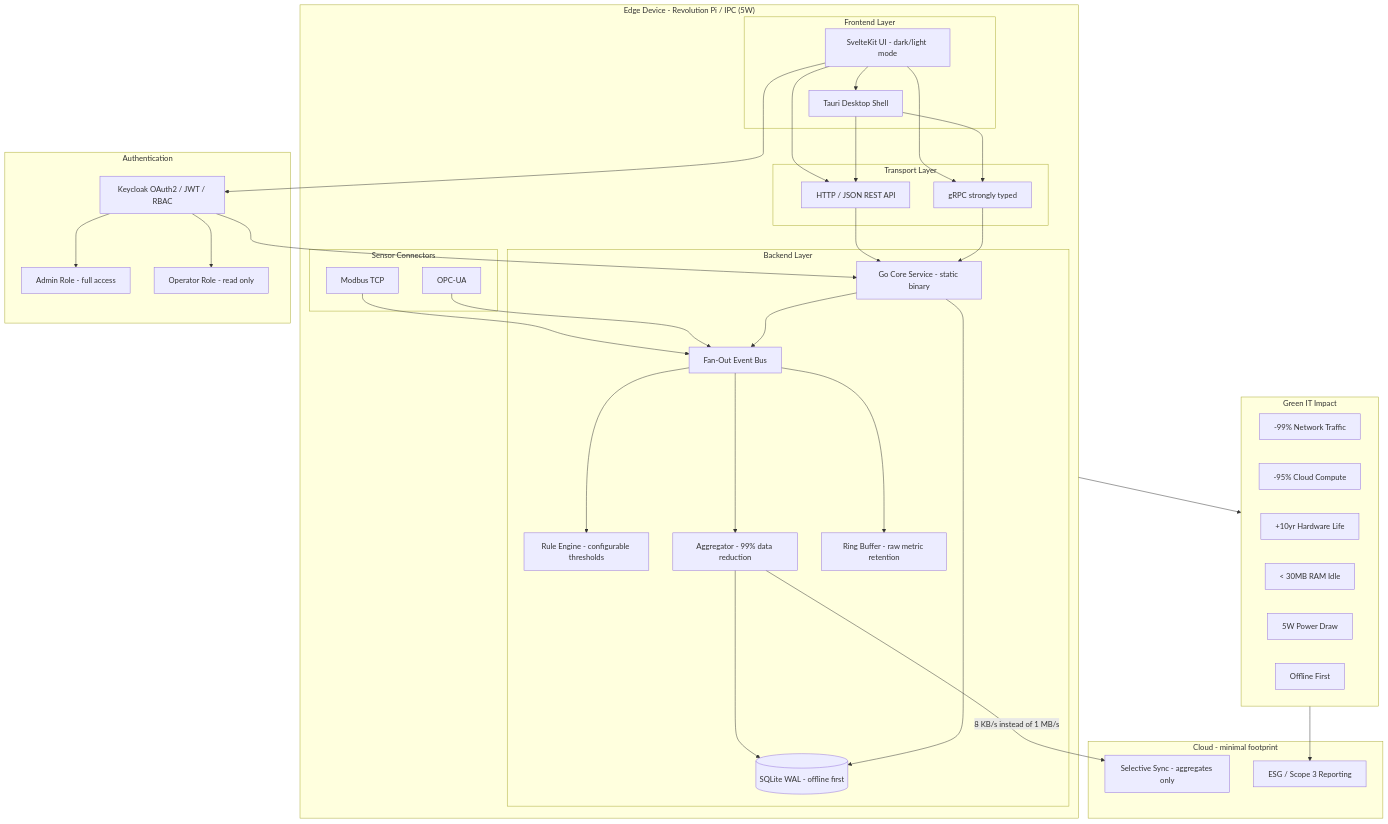
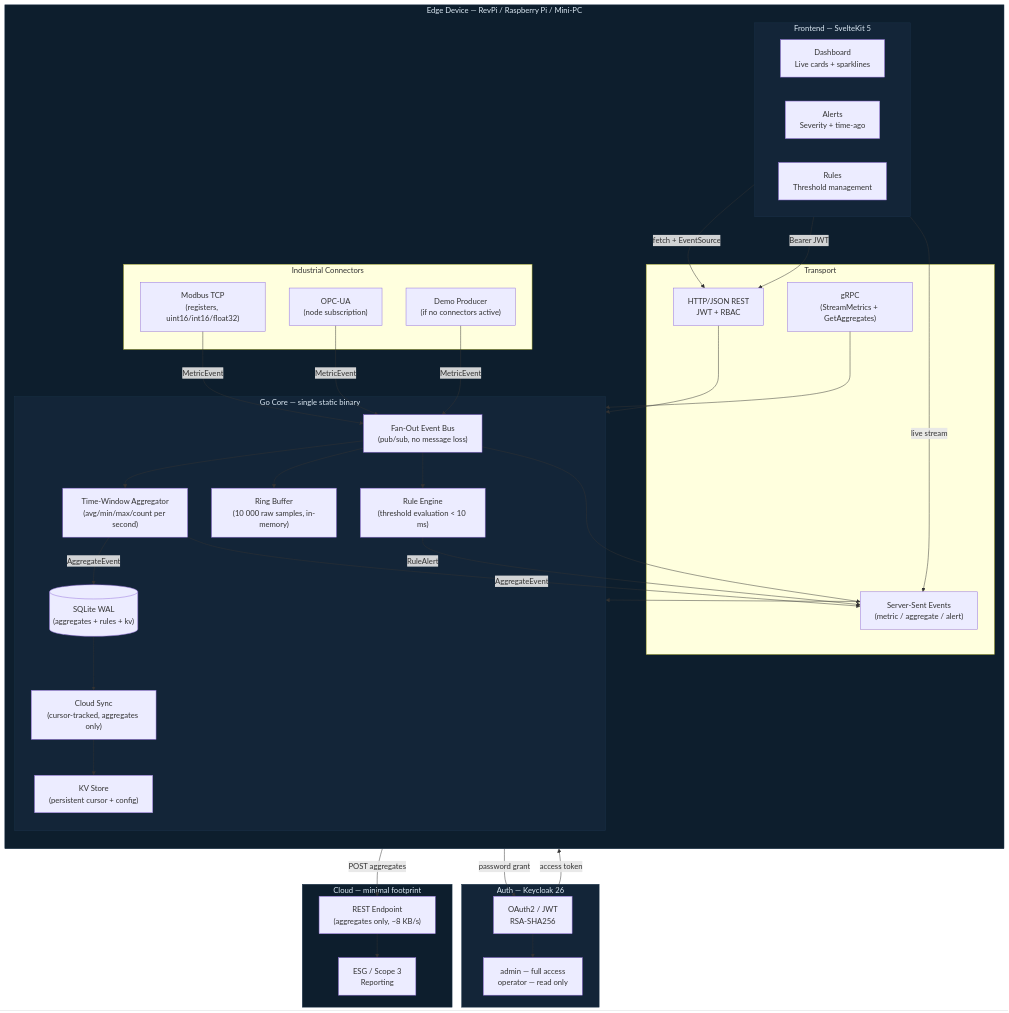
One commit to waeel1937/full-stack-go-SvelteKit-SQLite-template changed the diagram in README.md. Above: the diagram before and after it, drawn with Mermaid. The commit also changed other lines of this file and 4 other files, not shown here.

````diff
--- a/README.md
+++ b/README.md
@@ -27,64 +38,68 @@
 ```mermaid
 flowchart TB
-    subgraph EDGE["Edge Device - Revolution Pi / IPC (5W)"]
-        subgraph Connectors["Sensor Connectors"]
-            MB[Modbus TCP]
-            OU[OPC-UA]
+    subgraph DEVICE["Edge Device — RevPi / Raspberry Pi / Mini-PC"]
+        direction TB
+
+        subgraph CONN["Industrial Connectors"]
+            MB["Modbus TCP\n(registers, uint16/int16/float32)"]
+            UA["OPC-UA\n(node subscription)"]
+            DEMO["Demo Producer\n(if no connectors active)"]
         end
-        subgraph Frontend["Frontend Layer"]
-            SK[SvelteKit UI - dark/light mode]
-            TA[Tauri Desktop Shell]
-            SK --> TA
+
+        subgraph CORE["Go Core — single static binary"]
+            BUS["Fan-Out Event Bus\n(pub/sub, no message loss)"]
+            AGG["Time-Window Aggregator\n(avg/min/max/count per second)"]
+            RB["Ring Buffer\n(10 000 raw samples, in-memory)"]
+            RE["Rule Engine\n(threshold evaluation < 10 ms)"]
+            DB[("SQLite WAL\n(aggregates + rules + kv)")]
+            CS["Cloud Sync\n(cursor-tracked, aggregates only)"]
+            KV["KV Store\n(persistent cursor + config)"]
         end
-        subgraph Transport["Transport Layer"]
-            HTTP[HTTP / JSON REST API]
-            GRPC[gRPC strongly typed]
+
+        subgraph TRANSPORT["Transport"]
+            HTTP["HTTP/JSON REST\nJWT + RBAC"]
+            SSE["Server-Sent Events\n(metric / aggregate / alert)"]
+            GRPC["gRPC\n(StreamMetrics + GetAggregates)"]
         end
-        subgraph Backend["Backend Layer"]
-            GO[Go Core Service - static binary]
-            BUS[Fan-Out Event Bus]
-            RE[Rule Engine - configurable thresholds]
-            AGG[Aggregator - 99% data reduction]
-            RB[Ring Buffer - raw metric retention]
-            DB[(SQLite WAL - offline first)]
+
+        subgraph UI["Frontend — SvelteKit 5"]
+            DASH["Dashboard\nLive cards + sparklines"]
+            ALERTS["Alerts\nSeverity + time-ago"]
+            RULES["Rules\nThreshold management"]
         end
-        MB --> BUS
-        OU --> BUS
-        BUS --> AGG
-        BUS --> RB
-        BUS --> RE
-        AGG --> DB
-        SK --> HTTP
-        TA --> HTTP
-        SK --> GRPC
-        TA --> GRPC
-        HTTP --> GO
-        GRPC --> GO
-        GO --> BUS
-        GO --> DB
+
+        MB & UA & DEMO -->|MetricEvent| BUS
+        BUS --> AGG & RB & RE
+        AGG -->|AggregateEvent| DB & SSE
+        RE -->|RuleAlert| SSE
+        BUS --> SSE
+        DB --> CS
+        CS --> KV
+        HTTP & SSE & GRPC --> CORE
+        UI -->|fetch + EventSource| HTTP
+        UI -->|live stream| SSE
     end
-    subgraph AUTH["Authentication"]
-        KC[Keycloak OAuth2 / JWT / RBAC]
-        ADMIN[Admin Role - full access]
-        OP[Operator Role - read only]
-        KC --> ADMIN
-        KC --> OP
+
+    subgraph AUTH["Auth — Keycloak 26"]
+        KC["OAuth2 / JWT\nRSA-SHA256"]
+        ROLES["admin — full access\noperator — read only"]
+        KC --> ROLES
     end
-    subgraph CLOUD["Cloud - minimal footprint"]
-        SYNC[Selective Sync - aggregates only]
-        ESG[ESG / Scope 3 Reporting]
+
+    subgraph CLOUD["Cloud — minimal footprint"]
+        SYNC["REST Endpoint\n(aggregates only, ~8 KB/s)"]
+        ESG["ESG / Scope 3\nReporting"]
+        SYNC --> ESG
     end
-    subgraph GREEN["Green IT Impact"]
-        G1[-99% Network Traffic]
-        G2[-95% Cloud Compute]
-        G3[+10yr Hardware Life]
-        G4[< 30MB RAM Idle]
-        G5[5W Power Draw]
-        G6[Offline First]
-    end
-    SK --> KC
-    KC --> GO
-    AGG -->|8 KB/s instead of 1 MB/s| SYNC
-    EDGE --> GREEN
-    GREEN --> ESG
+
+    UI -->|password grant| KC
+    KC -->|access token| UI
+    UI -->|Bearer JWT| HTTP
+    CS -->|POST aggregates| SYNC
+
+    style DEVICE fill:#0d1e2d,color:#dce9f4,stroke:#1a3047
+    style CORE  fill:#132538,color:#dce9f4,stroke:#1a3047
+    style UI    fill:#132538,color:#dce9f4,stroke:#1a3047
+    style AUTH  fill:#132538,color:#dce9f4,stroke:#1a3047
+    style CLOUD fill:#0d1e2d,color:#dce9f4,stroke:#1a3047
 ```
````
